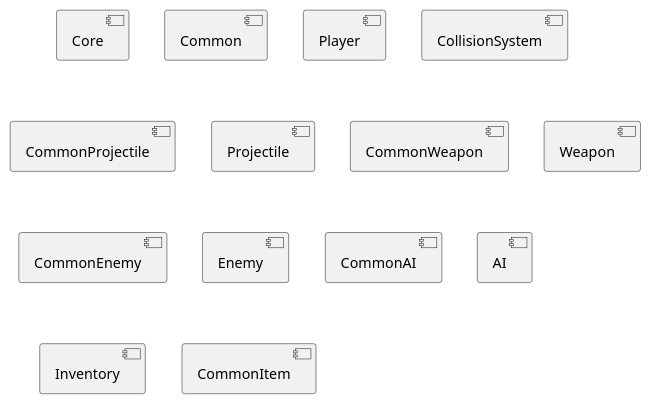
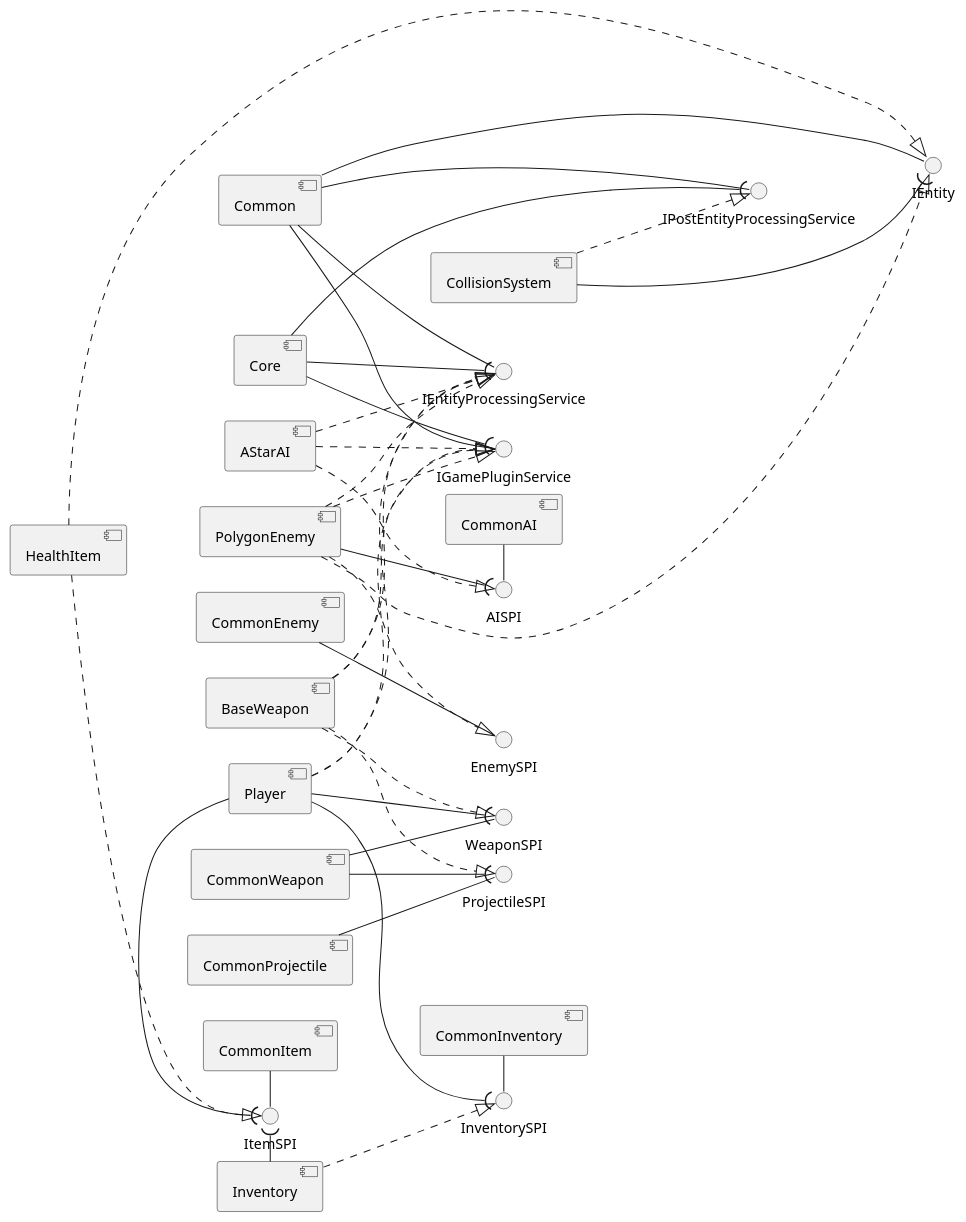
One commit to SE-F24-SP4/semestproject-4-diagrams changed the diagram in design/uml/components/Components.puml. Above: the diagram before and after it, drawn with PlantUML.

Commit message:
Add initial components diagram

```diff
--- a/design/uml/components/Components.puml
+++ b/design/uml/components/Components.puml
@@ -1,29 +1,108 @@
 @startuml
 'https://plantuml.com/component-diagram
+'skinparam linetype ortho
+'skinparam linetype polyline
+'top to bottom direction
+left to right direction
+'skinparam nodesep 40
+'skinparam ranksep 50
+
 
 [Core]
 
+[Core] -( IGamePluginService
+[Core] --( IEntityProcessingService
+[Core] ---( IPostEntityProcessingService
+
+
 [Common]
+[Common] - IGamePluginService
+[Common] -- IEntityProcessingService
+[Common] --- IPostEntityProcessingService
+[Common] ---- IEntity
+
 
 [Player]
+[Player] -( WeaponSPI
+[Player] ..|> IEntityProcessingService
+[Player] ..|> IGamePluginService
+[Player] -( InventorySPI
+[Player] -( ItemSPI
+
 
 [CollisionSystem]
+[CollisionSystem] -( IEntity
+[CollisionSystem] ..|> IPostEntityProcessingService
+
 
 [CommonProjectile]
-[Projectile]
+[CommonProjectile] -- ProjectileSPI
+
+
+
+'[BaseProjectile]
+'[BaseProjectile] ..|> ProjectileSPI
+'[CommonProjectile] ..|> IEntity
+
 
 [CommonWeapon]
-[Weapon]
+[CommonWeapon] -- WeaponSPI
+
+[CommonWeapon] -( ProjectileSPI
+
+
+[BaseWeapon]
+
+[BaseWeapon] ..|> ProjectileSPI
+[BaseWeapon] ..|> WeaponSPI
+[BaseWeapon] ..|> IEntityProcessingService
+[BaseWeapon] ..|> IGamePluginService
+
 
 [CommonEnemy]
+[CommonEnemy] -- EnemySPI
 
-[Enemy]
+
+[PolygonEnemy]
+
+[PolygonEnemy] -( AISPI
+[PolygonEnemy] ..|> EnemySPI
+[PolygonEnemy] ..|> IEntity
+[PolygonEnemy] ..|> IEntityProcessingService
+[PolygonEnemy] ..|> IGamePluginService
+
 
 [CommonAI]
-[AI]
+[CommonAI] - AISPI
+
+
+[AStarAI]
+[AStarAI] ..|> AISPI
+[AStarAI] ..|> IGamePluginService
+[AStarAI] ..|> IEntityProcessingService
+
+
+
+[CommonInventory]
+[CommonInventory] - InventorySPI
 
 [Inventory]
+[Inventory] ..|> InventorySPI
+[Inventory] -( ItemSPI
+
 
 [CommonItem]
+[CommonItem] - ItemSPI
+
+
+[HealthItem]
+[HealthItem] ..|> ItemSPI
+[HealthItem] ..|> IEntity
+
+
+
+
+
+
 
 @enduml
```
